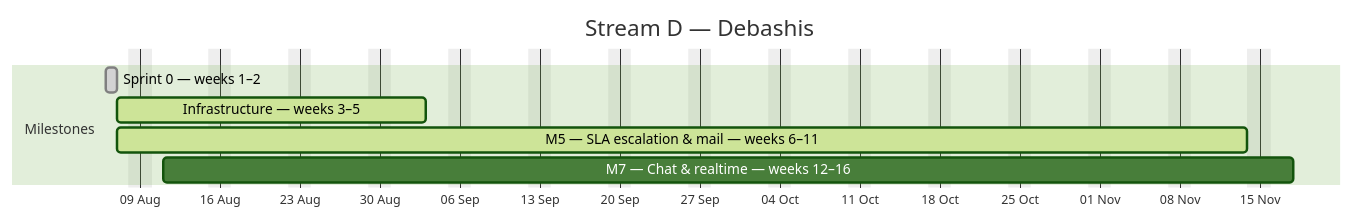
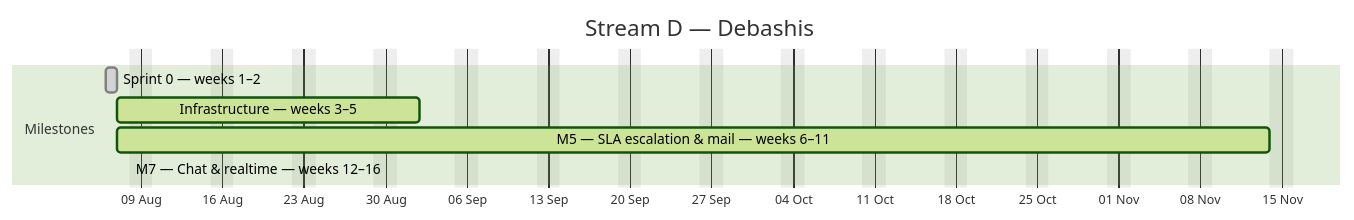
The fourth of 4 diagrams in docs/plan/GANTT.md (debashisedunext/EduTrack), drawn with Mermaid (forest theme) before and after one commit. The commit also changed other lines of this file and 16 other files, not shown here.

````diff
--- a/docs/plan/GANTT.md
+++ b/docs/plan/GANTT.md
@@ -173,12 +172,12 @@
 ```mermaid
 gantt
     dateFormat YYYY-MM-DD
     axisFormat %d %b
     title Stream D — Debashis
     excludes weekends
     section Milestones
     Sprint 0 — weeks 1–2 :done, d0, 2026-08-06, 1d
-    Infrastructure — weeks 3–5 :active, d1, 2026-08-07, 19d
+    Infrastructure — weeks 3–5 :active, d1, 2026-08-07, 18d
     M5 — SLA  escalation & mail — weeks 6–11 :active, d2, 2026-08-07, 71d
-    M7 — Chat & realtime — weeks 12–16 :d3, 2026-08-11, 71d
+    M7 — Chat & realtime — weeks 12–16 :active, d3, 2026-08-08, -13d
 ```
````
